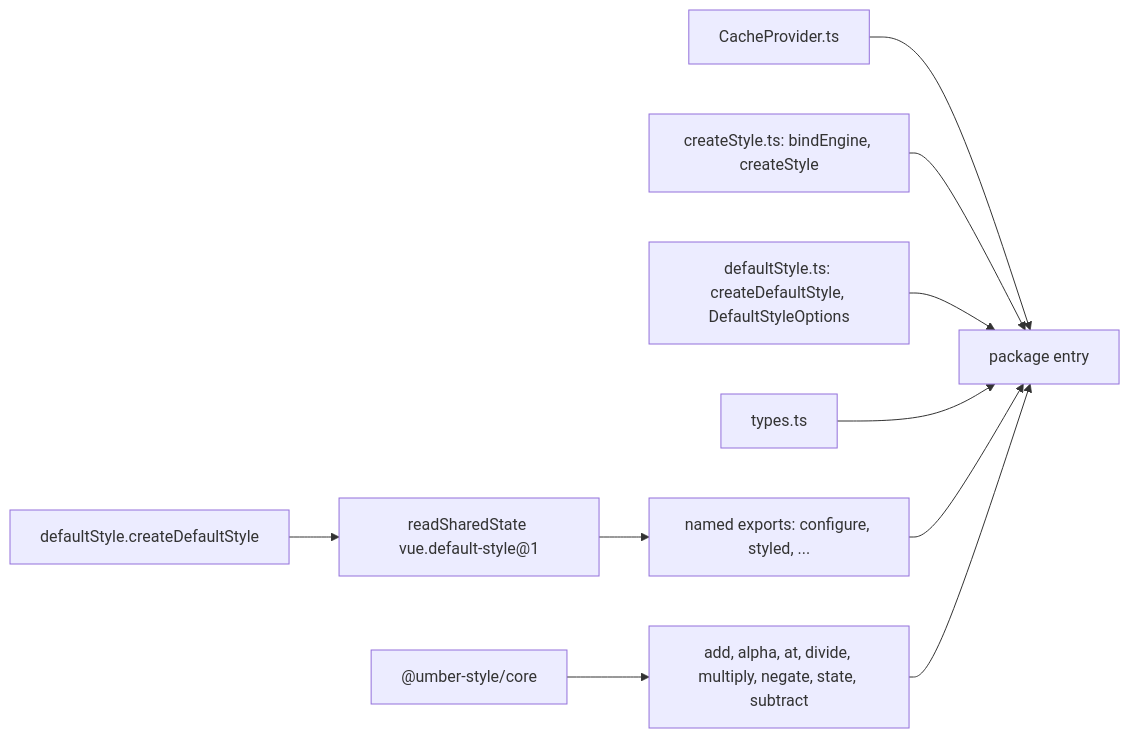
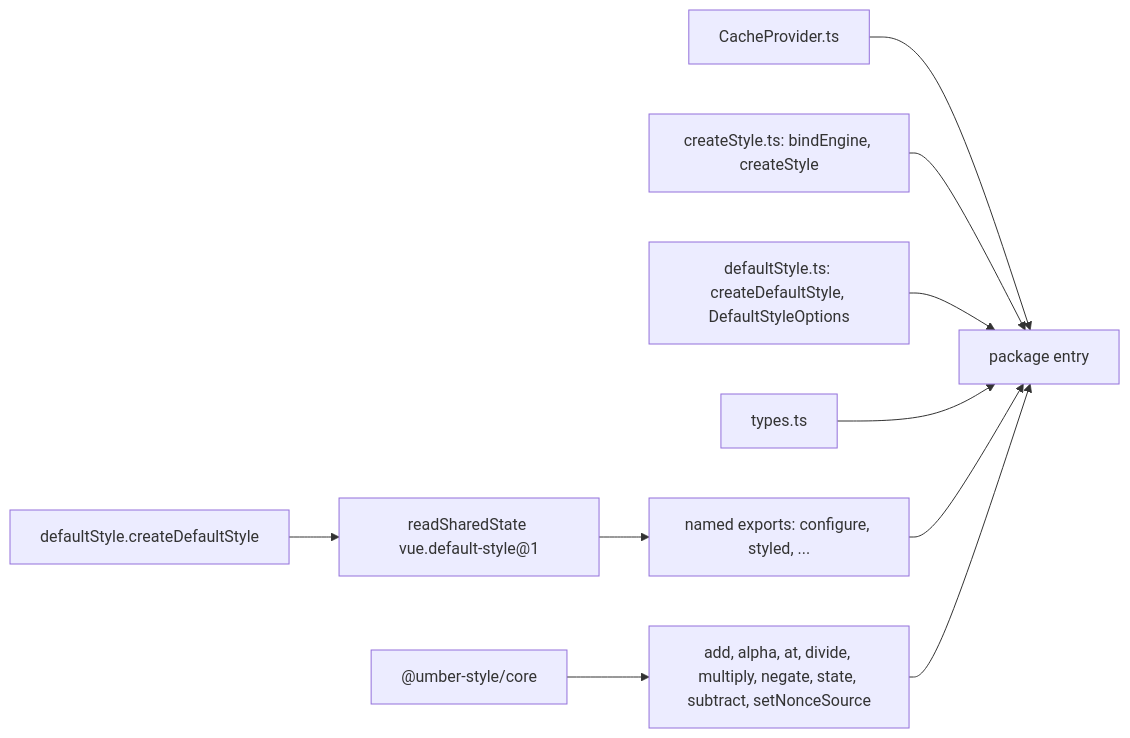
The diagram in packages/vue/src/index.md (soroush-tech/umber-style), drawn with Mermaid before and after one commit. The commit also changed other lines of this file and 124 other files, not shown here.

````diff
--- a/packages/vue/src/index.md
+++ b/packages/vue/src/index.md
@@ -19,12 +19,12 @@
 ```mermaid
 flowchart LR
   ds["defaultStyle.createDefaultStyle"] --> sh["readSharedState vue.default-style@1"]
   sh --> mem["named exports: configure, styled, ..."]
-  core["@umber-style/core"] --> h["add, alpha, at, divide, multiply, negate, state, subtract"]
+  core["@umber-style/core"] --> h["add, alpha, at, divide, multiply, negate, state, subtract, setNonceSource"]
   cp["CacheProvider.ts"] --> api["package entry"]
   cr["createStyle.ts: bindEngine, createStyle"] --> api
   df["defaultStyle.ts: createDefaultStyle, DefaultStyleOptions"] --> api
   ty["types.ts"] --> api
   mem --> api
   h --> api
 ```
````
